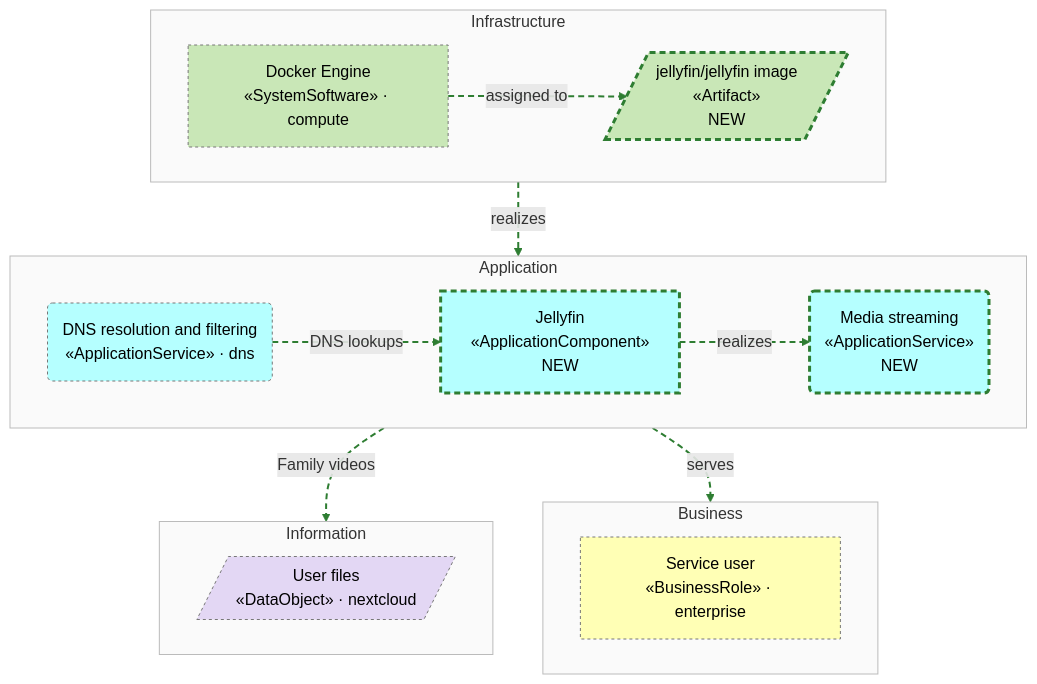
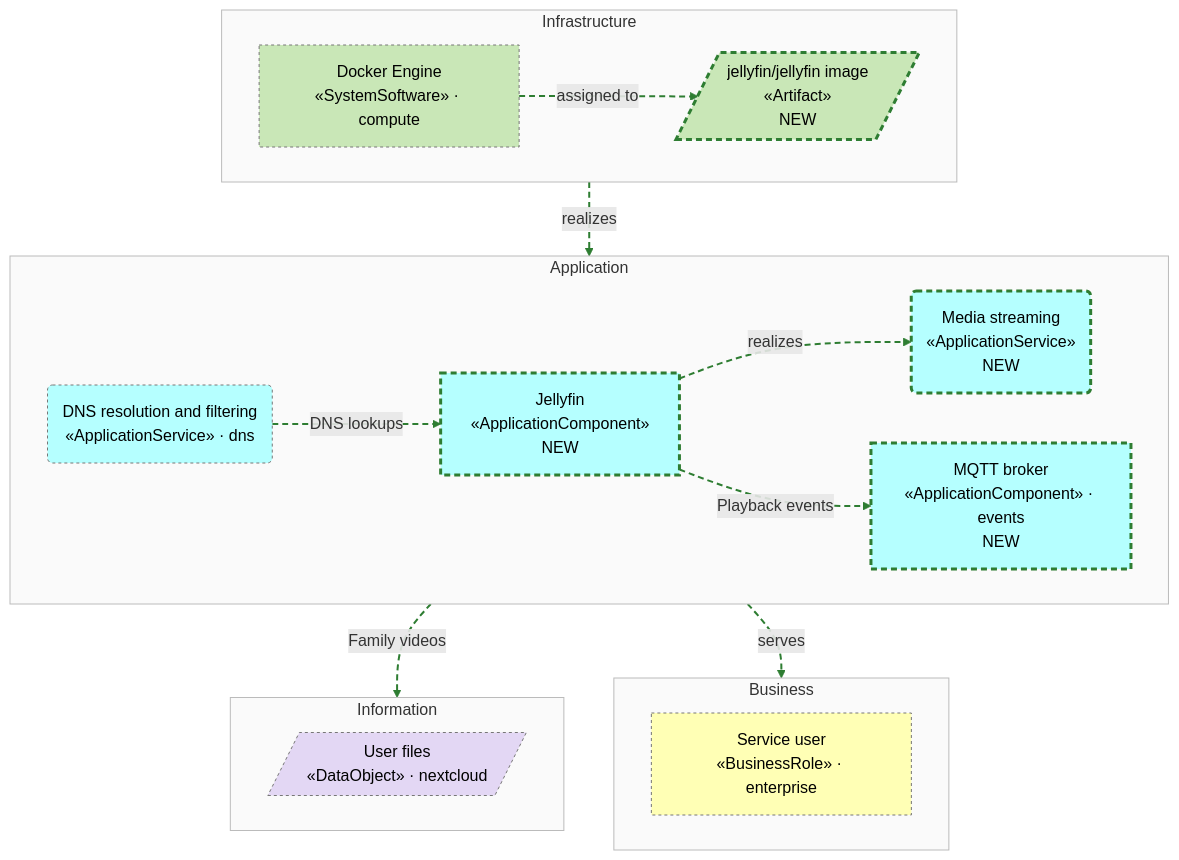
The first of 3 diagrams in docs/media/view-overview.md (b-zig/a4m), drawn with Mermaid before and after one commit. The commit also changed other lines of this file and 28 other files, not shown here.

First line of the commit message:
Add events platform SA (MQTT event fabric) and its first consumers

````diff
--- a/docs/media/view-overview.md
+++ b/docs/media/view-overview.md
@@ -6,50 +6,53 @@
 ```mermaid
 flowchart TB
   subgraph layer_business["Business"]
     direction LR
     enterprise__bus_role_user["Service user<br/>«BusinessRole» · enterprise"]
   end
   subgraph layer_information["Information"]
     direction LR
     nextcloud__data_files[/"User files<br/>«DataObject» · nextcloud"/]
   end
   subgraph layer_application["Application"]
     direction LR
     app_jellyfin["Jellyfin<br/>«ApplicationComponent»<br/>NEW"]
     app_svc_streaming("Media streaming<br/>«ApplicationService»<br/>NEW")
     dns__app_svc_dns("DNS resolution and filtering<br/>«ApplicationService» · dns")
+    events__app_mqtt_broker["MQTT broker<br/>«ApplicationComponent» · events<br/>NEW"]
   end
   subgraph layer_infrastructure["Infrastructure"]
     direction LR
     infra_art_jellyfin[/"jellyfin/jellyfin image<br/>«Artifact»<br/>NEW"/]
     compute__infra_docker["Docker Engine<br/>«SystemSoftware» · compute"]
   end
   app_jellyfin -.->|"realizes"| app_svc_streaming
   app_svc_streaming -->|"serves"| enterprise__bus_role_user
   app_jellyfin -.->|"Family videos"| nextcloud__data_files
   dns__app_svc_dns -->|"DNS lookups"| app_jellyfin
+  app_jellyfin -.->|"Playback events"| events__app_mqtt_broker
   compute__infra_docker -->|"assigned to"| infra_art_jellyfin
   infra_art_jellyfin -.->|"realizes"| app_jellyfin
   classDef business fill:#FFFFB5,stroke:#555,color:#000
   class enterprise__bus_role_user business
   style layer_business fill:#fafafa,stroke:#bbb
   classDef information fill:#E3D7F4,stroke:#555,color:#000
   class nextcloud__data_files information
   style layer_information fill:#fafafa,stroke:#bbb
   classDef application fill:#B5FFFF,stroke:#555,color:#000
-  class app_jellyfin,app_svc_streaming,dns__app_svc_dns application
+  class app_jellyfin,app_svc_streaming,dns__app_svc_dns,events__app_mqtt_broker application
   style layer_application fill:#fafafa,stroke:#bbb
   classDef infrastructure fill:#C9E7B7,stroke:#555,color:#000
   class infra_art_jellyfin,compute__infra_docker infrastructure
   style layer_infrastructure fill:#fafafa,stroke:#bbb
   classDef foreign stroke:#777,stroke-dasharray:3 3
-  class compute__infra_docker,dns__app_svc_dns,enterprise__bus_role_user,nextcloud__data_files foreign
+  class compute__infra_docker,dns__app_svc_dns,enterprise__bus_role_user,events__app_mqtt_broker,nextcloud__data_files foreign
   classDef st_new stroke:#2e7d32,stroke-width:3px,stroke-dasharray:6 4
-  class app_jellyfin,app_svc_streaming,infra_art_jellyfin st_new
+  class app_jellyfin,app_svc_streaming,infra_art_jellyfin,events__app_mqtt_broker st_new
   linkStyle 0 stroke:#2e7d32,stroke-width:2px,stroke-dasharray:6 4
   linkStyle 1 stroke:#2e7d32,stroke-width:2px,stroke-dasharray:6 4
   linkStyle 2 stroke:#2e7d32,stroke-width:2px,stroke-dasharray:6 4
   linkStyle 3 stroke:#2e7d32,stroke-width:2px,stroke-dasharray:6 4
   linkStyle 4 stroke:#2e7d32,stroke-width:2px,stroke-dasharray:6 4
   linkStyle 5 stroke:#2e7d32,stroke-width:2px,stroke-dasharray:6 4
+  linkStyle 6 stroke:#2e7d32,stroke-width:2px,stroke-dasharray:6 4
 ```
````
